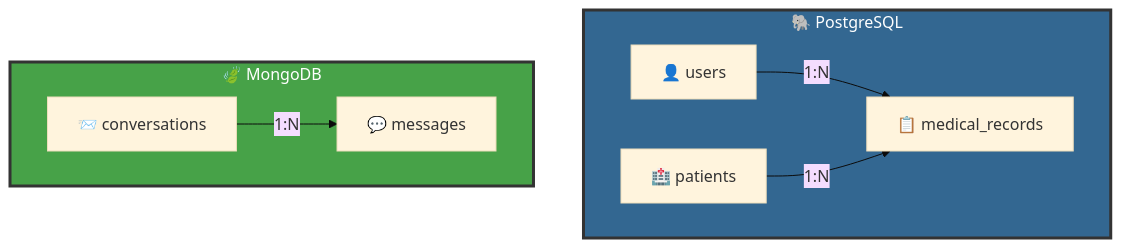
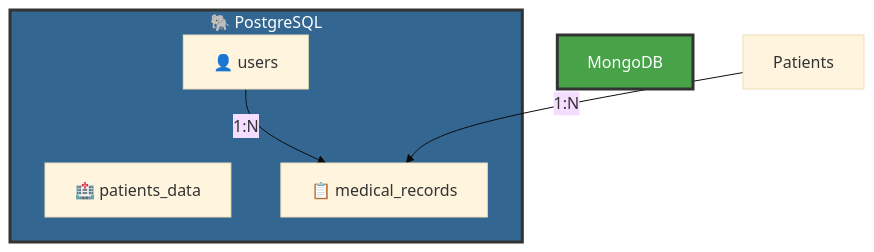
Before and after one commit to dIAgnoseTeam/dIAgnose: the fourth of 5 diagrams in README.md, drawn with Mermaid (base theme). The commit also changed other lines of this file, not shown here.

````diff
--- a/README.md
+++ b/README.md
@@ -123,20 +122,14 @@
 ```mermaid
 graph TB
     subgraph PostgreSQL["🐘 PostgreSQL"]
         Users[👤 users]
-        Patients[🏥 patients]
+        Patients_data[🏥 patients_data]
         Records[📋 medical_records]
-    end
-    
-    subgraph MongoDB["🍃 MongoDB"]
-        Msgs[💬 messages]
-        Convs[📨 conversations]
     end
     
     Users -->|1:N| Records
     Patients -->|1:N| Records
-    Convs -->|1:N| Msgs
     
     style PostgreSQL fill:#336791,stroke:#333,stroke-width:3px,color:#fff
     style MongoDB fill:#47a248,stroke:#333,stroke-width:3px,color:#fff
 ```
````
